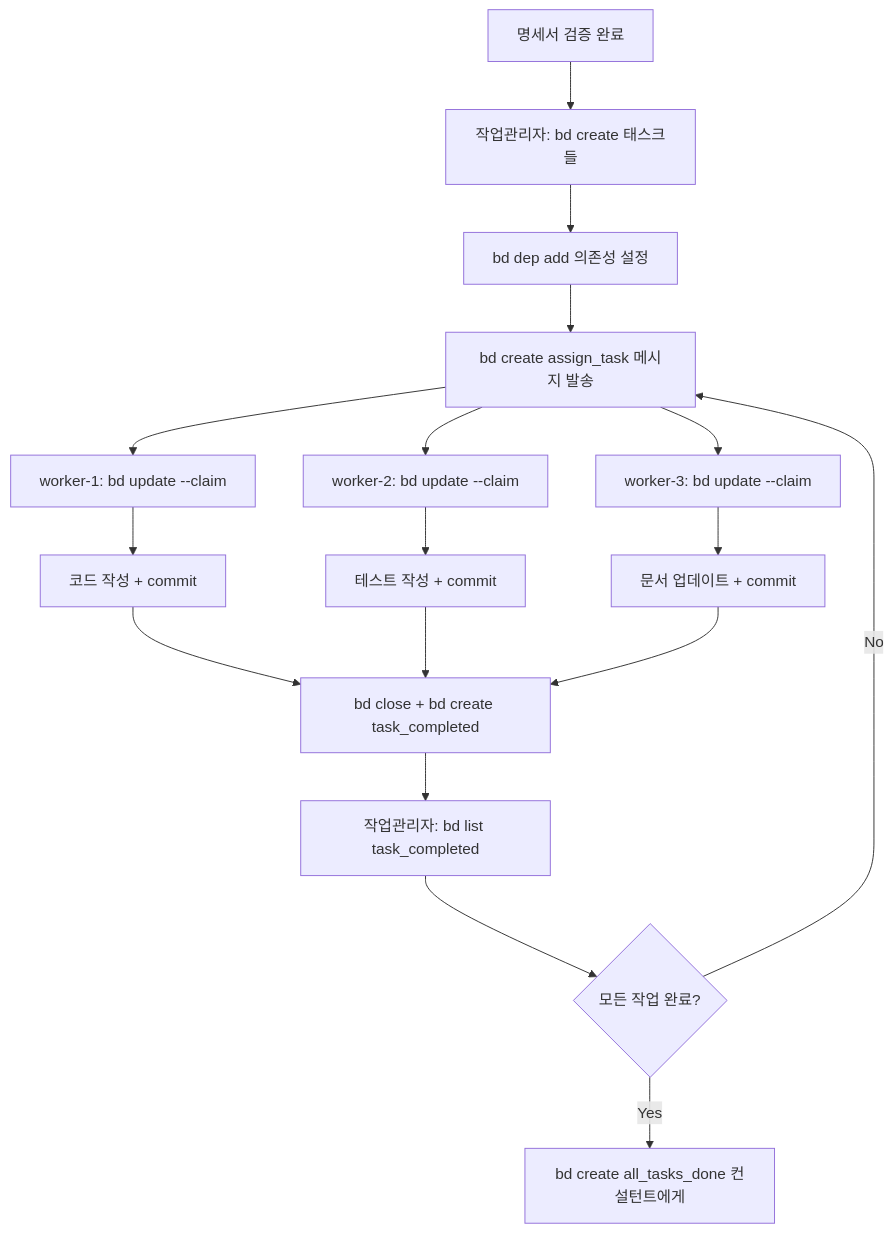
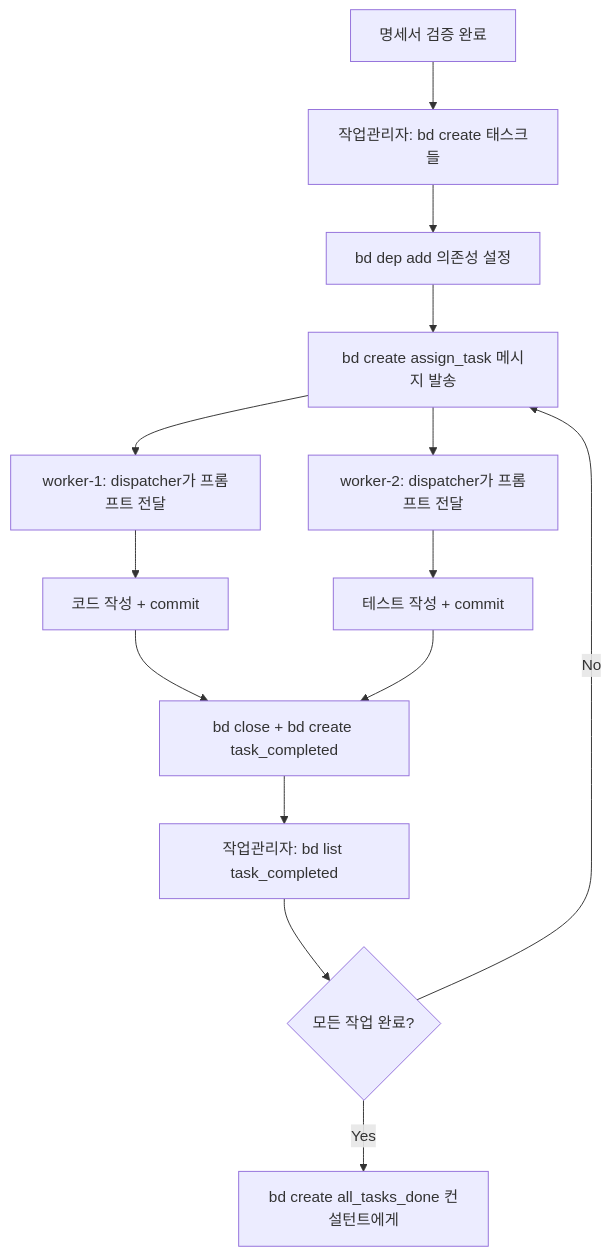
One commit to chan-ok/blog changed the third of 4 diagrams in docs/multi-agent-system.md. Above: the diagram before and after it, drawn with Mermaid. The commit also changed other lines of this file and 7 other files, not shown here.

````diff
--- a/docs/multi-agent-system.md
+++ b/docs/multi-agent-system.md
@@ -383,19 +414,16 @@
 ```mermaid
 graph TD
     A[명세서 검증 완료] --> B[작업관리자: bd create 태스크들]
     B --> C[bd dep add 의존성 설정]
     C --> D[bd create assign_task 메시지 발송]
-    D --> E[worker-1: bd update --claim]
-    D --> F[worker-2: bd update --claim]
-    D --> G[worker-3: bd update --claim]
-    E --> H[코드 작성 + commit]
-    F --> I[테스트 작성 + commit]
-    G --> J[문서 업데이트 + commit]
-    H --> K[bd close + bd create task_completed]
-    I --> K
-    J --> K
-    K --> L[작업관리자: bd list task_completed]
-    L --> M{모든 작업 완료?}
-    M -->|Yes| N[bd create all_tasks_done 컨설턴트에게]
-    M -->|No| D
+    D --> E[worker-1: dispatcher가 프롬프트 전달]
+    D --> F[worker-2: dispatcher가 프롬프트 전달]
+    E --> G[코드 작성 + commit]
+    F --> H[테스트 작성 + commit]
+    G --> I[bd close + bd create task_completed]
+    H --> I
+    I --> J[작업관리자: bd list task_completed]
+    J --> K{모든 작업 완료?}
+    K -->|Yes| L[bd create all_tasks_done 컨설턴트에게]
+    K -->|No| D
 ```
````
